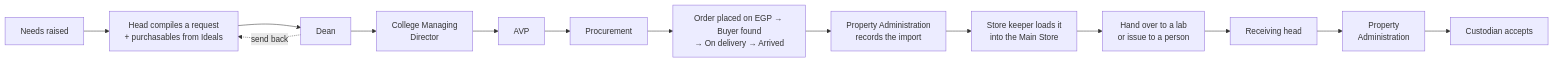
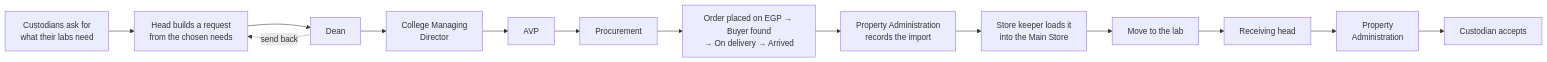
Before and after one commit to diagomike/lab_resource_v2: the second of 5 diagrams in docs/user-guide/appendix.md, drawn with Mermaid. The commit also changed other lines of this file and 351 other files, not shown here.

````diff
--- a/docs/user-guide/appendix.md
+++ b/docs/user-guide/appendix.md
@@ -38,11 +39,11 @@
 ```mermaid
 flowchart LR
-  N[Needs raised] --> H[Head compiles a request<br/>+ purchasables from Ideals]
+  N[Custodians ask for<br/>what their labs need] --> H[Head builds a request<br/>from the chosen needs]
   H --> DN[Dean] --> CMD[College Managing<br/>Director] --> AVP[AVP] --> P[Procurement]
   DN -. send back .-> H
   P --> O[Order placed on EGP → Buyer found<br/>→ On delivery → Arrived]
   O --> IR[Property Administration<br/>records the import]
   IR --> S[Store keeper loads it<br/>into the Main Store]
-  S --> HO[Hand over to a lab<br/>or issue to a person]
+  S --> HO[Move to the lab]
   HO --> RH[Receiving head] --> PA[Property<br/>Administration] --> RC[Custodian accepts]
 ```
````
